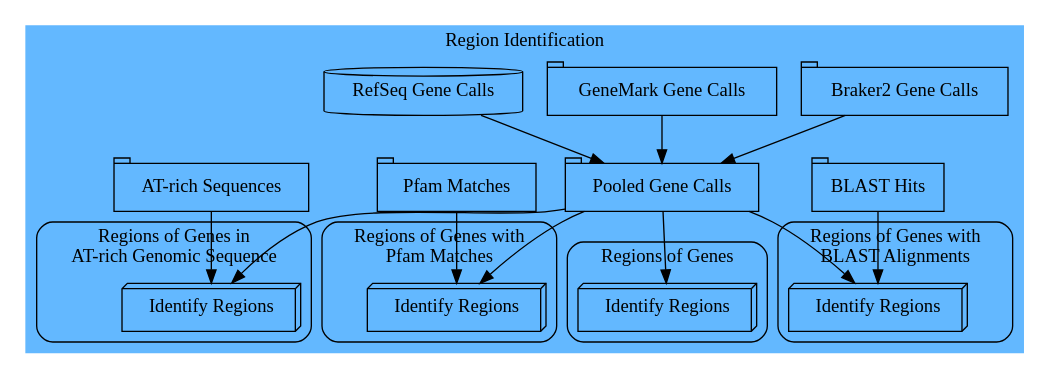
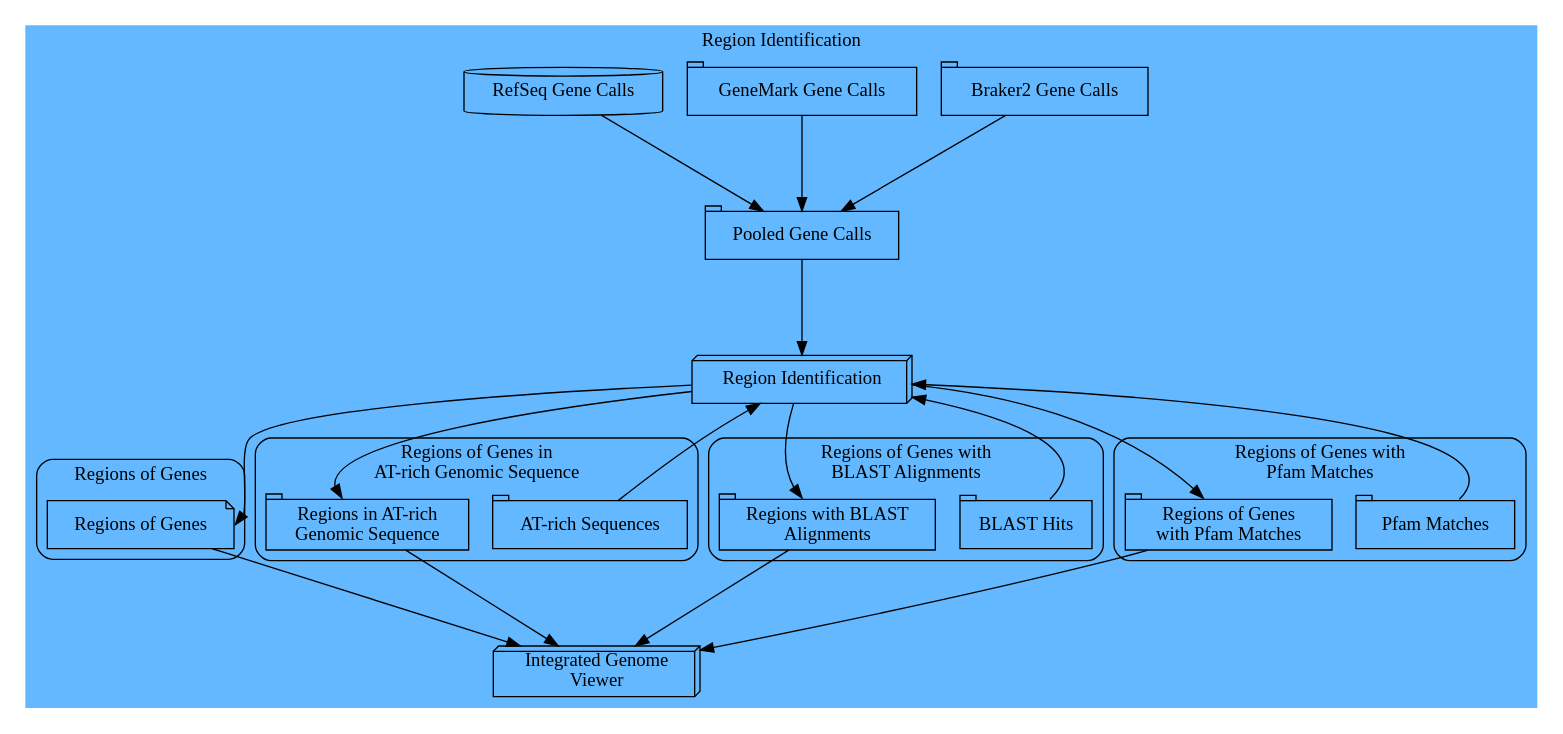
Before and after one commit to cbe453/masters: the diagram in working-thesis/figures/region-workflow.dot, drawn with Graphviz. The commit also changed 1 other file, not shown here.

Commit message:
figure mostly okay. writing tomorrow

```diff
--- a/working-thesis/figures/region-workflow.dot
+++ b/working-thesis/figures/region-workflow.dot
@@ -1,67 +1,77 @@
 digraph G{
 
 	style = filled;
 	color = steelblue1;
+	ranksep = 1;
 
 	subgraph cluster_0 {
 		label = "Region Identification";
 		"Braker2 Gene Calls" [shape = tab];
 		"GeneMark Gene Calls" [shape = tab];
 		"RefSeq Gene Calls" [shape = cylinder];
 		"Pooled Gene Calls" [shape = tab];
-		"BLAST Hits" [shape = tab];
-		"Pfam Matches" [shape = tab];
-		"AT-rich Sequences" [shape = tab];
 
 		"Braker2 Gene Calls" -> "Pooled Gene Calls";
                 "GeneMark Gene Calls" -> "Pooled Gene Calls";
                 "RefSeq Gene Calls" -> "Pooled Gene Calls";
+		process [label = "Region Identification", shape = box3d];
+		"Pooled Gene Calls" -> process;
 
 		subgraph cluster_1 {
 			fillcolor = "#EDF1F2"; 
                     	color = "black";
 	 		label = "Regions of Genes";
-			a [label = "Identify Regions", shape = box3d];
+			#a [label = "Identify Regions", shape = box3d];
+			"Regions of Genes" [shape = note];
 			shape = rect;
 			style = rounded;
 		}
-
-		"Pooled Gene Calls" -> a;
+		process -> "Regions of Genes":e;
 
 		subgraph cluster_2 {
 			fillcolor = "#EDF1F2"; 
                     	color = "black";
+			"AT-rich Sequences" [shape = tab];
 			label = "Regions of Genes in\nAT-rich Genomic Sequence";
-			b [label = "Identify Regions", shape = box3d];
+			atrich [label = "Regions in AT-rich\nGenomic Sequence", shape = tab]
+			#b [label = "Identify Regions", shape = box3d];
 			shape = rect;
                         style = rounded;
 		}
-
-		"Pooled Gene Calls" -> b;
-		"AT-rich Sequences" -> b;
+		"AT-rich Sequences" -> process;
+		process -> atrich:nw;
 
 		subgraph cluster_3 {
 			fillcolor = "#EDF1F2"; 
                         color = "black";
+			"BLAST Hits" [shape = tab];
 			label = "Regions of Genes with\nBLAST Alignments";
-			c [label = "Identify Regions", shape = box3d];
+			blastresults [label = "Regions with BLAST\nAlignments", shape = tab];
+			#c [label = "Identify Regions", shape = box3d];
 			shape = rect;
                         style = rounded;
 		}
-
-		"Pooled Gene Calls" -> c;
-		"BLAST Hits" -> c;
+		"BLAST Hits":ne -> process;
+		process -> blastresults:nw;
 		 
 		subgraph cluster_4 {
 			fillcolor = "#EDF1F2"; 
                     	color = "black";
+			"Pfam Matches" [shape = tab];
 			label = "Regions of Genes with\nPfam Matches";
-		 	d [label = "Identify Regions", shape = box3d];
+			pfamresults [label = "Regions of Genes\nwith Pfam Matches", shape = tab];
+			#d [label = "Identify Regions", shape = box3d];
 			shape = rect;
                         style = rounded;
 		}
+		"Pfam Matches":ne -> process;
+		process -> pfamresults:nw;
 
-		"Pooled Gene Calls" -> d;
-		"Pfam Matches" -> d;
+		
+		igv [label = "Integrated Genome\nViewer", shape = box3d];
+		pfamresults -> igv;
+		blastresults -> igv;
+		atrich -> igv;
+		"Regions of Genes" -> igv;
 	}
 }
```
